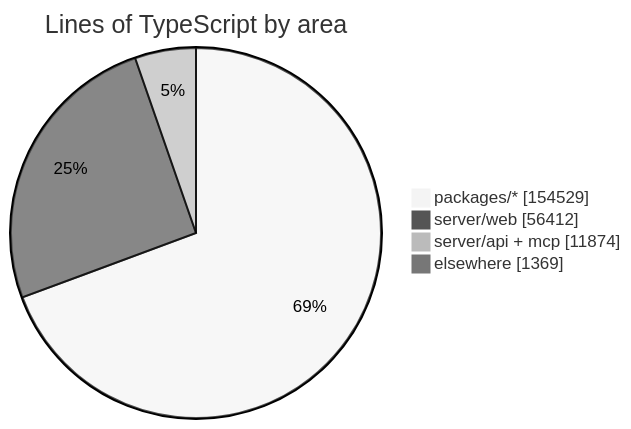
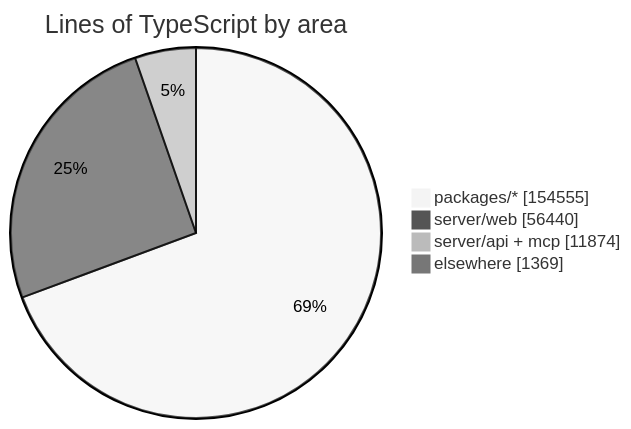
One commit to crossworks-engineering/mantle changed the diagram in README.md. Above: the diagram before and after it, drawn with Mermaid (neutral theme). The commit also changed other lines of this file and 2 other files, not shown here.

````diff
--- a/README.md
+++ b/README.md
@@ -279,7 +279,7 @@
 ```mermaid
 pie showData title Lines of TypeScript by area
-    "packages/*" : 154529
-    "server/web" : 56412
+    "packages/*" : 154555
+    "server/web" : 56440
     "server/api + mcp" : 11874
     "elsewhere" : 1369
 ```
````
